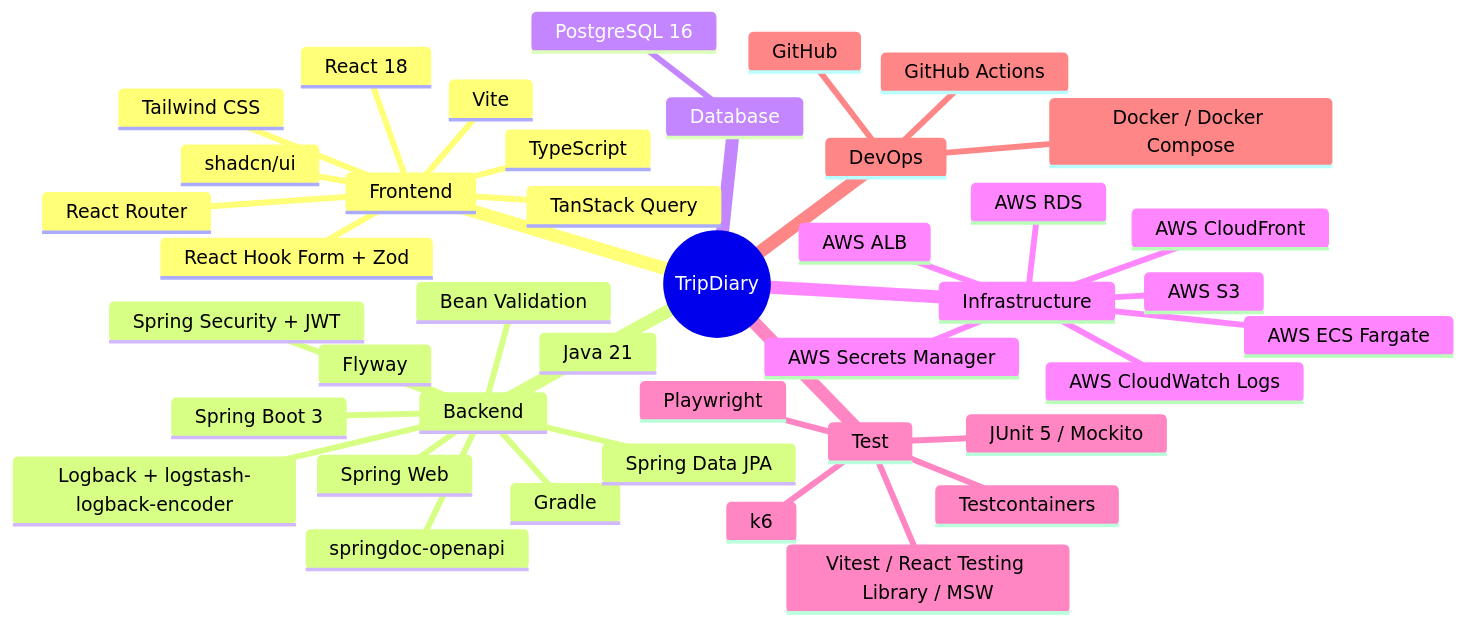
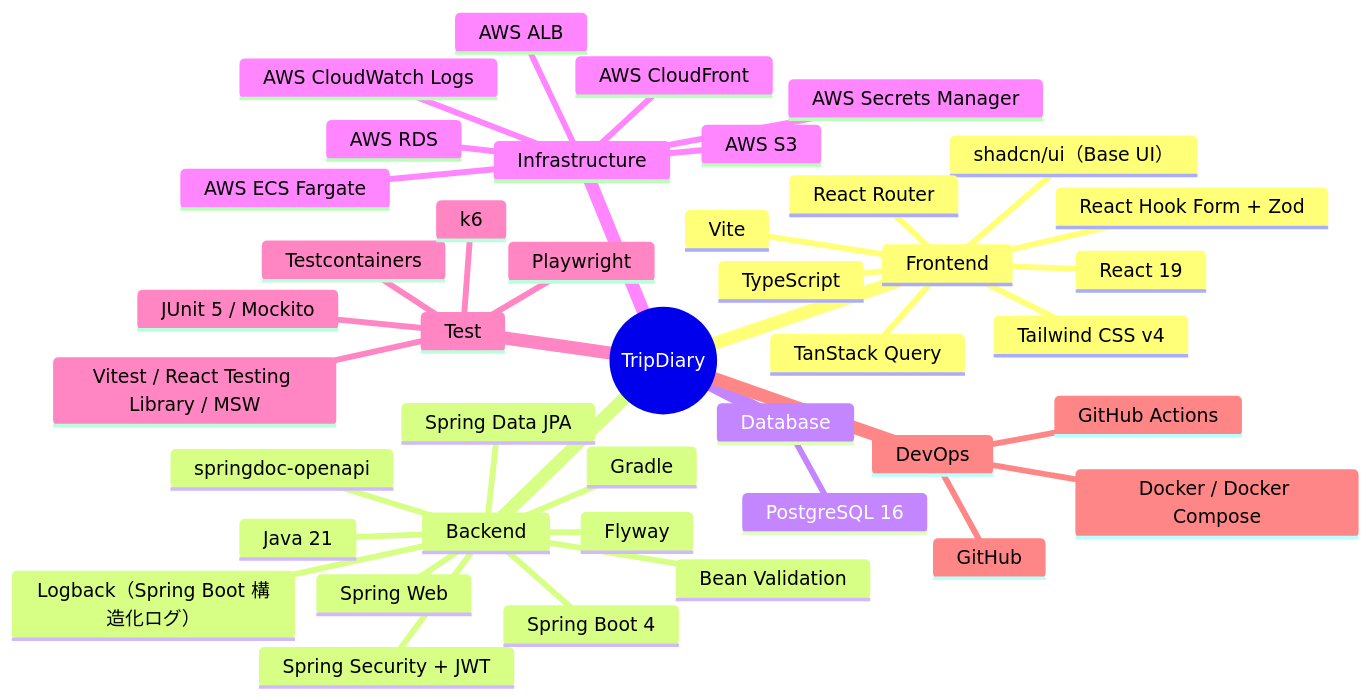
One commit to kuroda1995/TripDiary changed the first of 7 diagrams in docs/architecture.md. Above: the diagram before and after it, drawn with Mermaid. The commit also changed other lines of this file and 9 other files, not shown here.

````diff
--- a/docs/architecture.md
+++ b/docs/architecture.md
@@ -16,44 +16,44 @@
 ```mermaid
 mindmap
   root((TripDiary))
     Frontend
-      React 18
+      React 19
       TypeScript
       Vite
-      Tailwind CSS
-      shadcn/ui
+      Tailwind CSS v4
+      shadcn/ui（Base UI）
       React Router
       TanStack Query
       React Hook Form + Zod
     Backend
       Java 21
-      Spring Boot 3
+      Spring Boot 4
       Gradle
       Spring Web
       Spring Security + JWT
       Spring Data JPA
       Bean Validation
       Flyway
       springdoc-openapi
-      Logback + logstash-logback-encoder
+      Logback（Spring Boot 構造化ログ）
     Database
       PostgreSQL 16
     Infrastructure
       AWS ALB
       AWS ECS Fargate
       AWS RDS
       AWS S3
       AWS CloudFront
       AWS CloudWatch Logs
       AWS Secrets Manager
     Test
       JUnit 5 / Mockito
       Testcontainers
       Vitest / React Testing Library / MSW
       Playwright
       k6
     DevOps
       GitHub
       GitHub Actions
       Docker / Docker Compose
 ```
````
